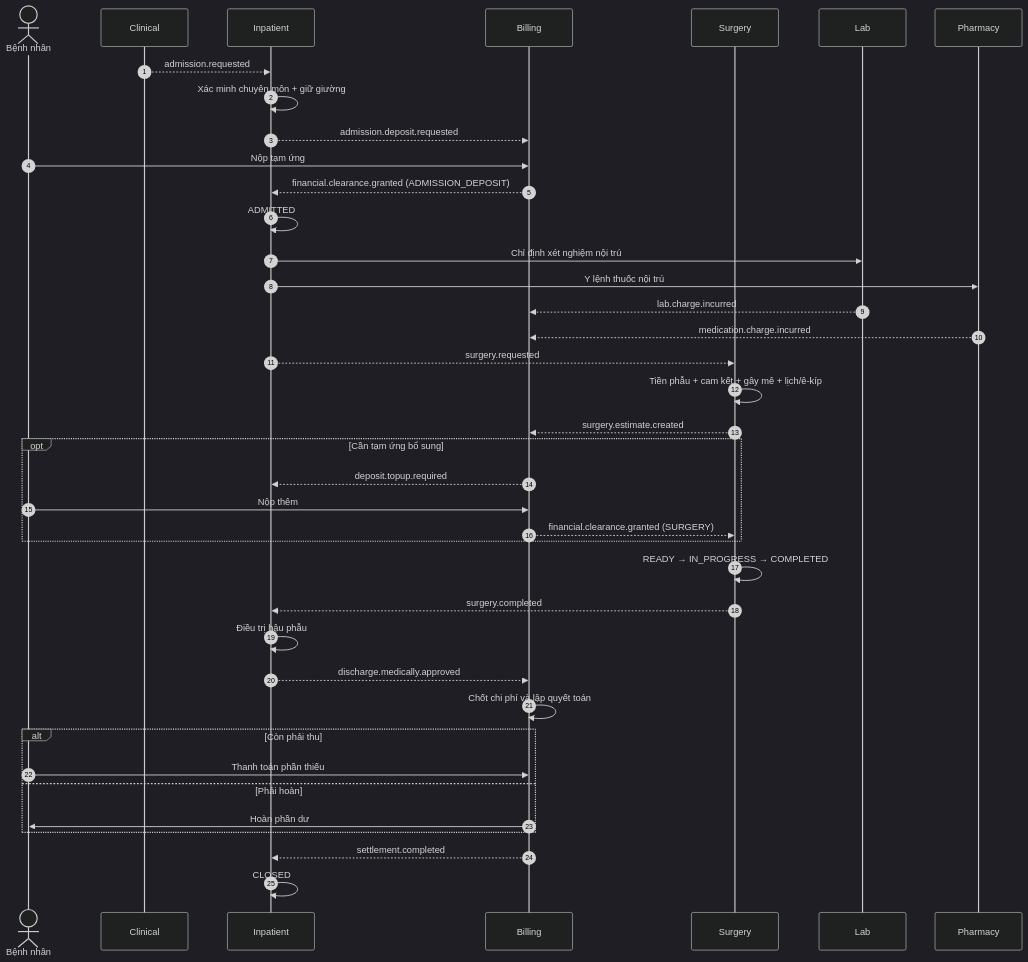
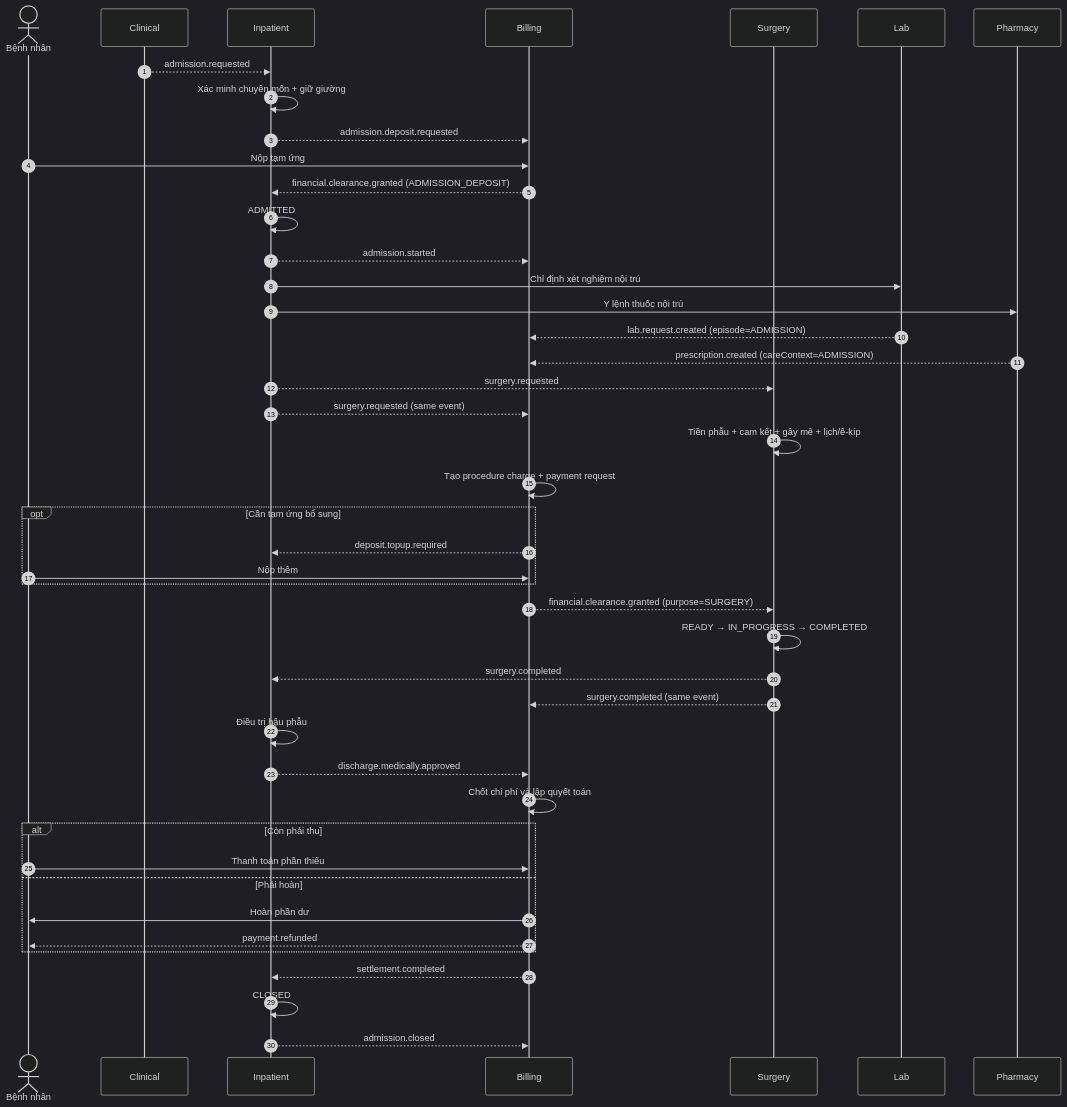
Before and after one commit to Dangvinh77/MediFlow: the diagram in docs/architecture/diagrams-src/03-inpatient-surgery-flow.mmd, drawn with Mermaid (dark theme). The commit also changed 41 other files, not shown here.

```diff
--- a/docs/architecture/diagrams-src/03-inpatient-surgery-flow.mmd
+++ b/docs/architecture/diagrams-src/03-inpatient-surgery-flow.mmd
@@ -1,40 +1,45 @@
 sequenceDiagram
   autonumber
   actor BN as Bệnh nhân
   participant C as Clinical
   participant I as Inpatient
   participant B as Billing
   participant S as Surgery
   participant L as Lab
   participant P as Pharmacy
 
   C-->>I: admission.requested
   I->>I: Xác minh chuyên môn + giữ giường
   I-->>B: admission.deposit.requested
   BN->>B: Nộp tạm ứng
   B-->>I: financial.clearance.granted (ADMISSION_DEPOSIT)
   I->>I: ADMITTED
+  I-->>B: admission.started
   I->>L: Chỉ định xét nghiệm nội trú
   I->>P: Y lệnh thuốc nội trú
-  L-->>B: lab.charge.incurred
-  P-->>B: medication.charge.incurred
+  L-->>B: lab.request.created (episode=ADMISSION)
+  P-->>B: prescription.created (careContext=ADMISSION)
   I-->>S: surgery.requested
+  I-->>B: surgery.requested (same event)
   S->>S: Tiền phẫu + cam kết + gây mê + lịch/ê-kíp
-  S-->>B: surgery.estimate.created
+  B->>B: Tạo procedure charge + payment request
   opt Cần tạm ứng bổ sung
     B-->>I: deposit.topup.required
     BN->>B: Nộp thêm
-    B-->>S: financial.clearance.granted (SURGERY)
   end
+  B-->>S: financial.clearance.granted (purpose=SURGERY)
   S->>S: READY → IN_PROGRESS → COMPLETED
   S-->>I: surgery.completed
+  S-->>B: surgery.completed (same event)
   I->>I: Điều trị hậu phẫu
   I-->>B: discharge.medically.approved
   B->>B: Chốt chi phí và lập quyết toán
   alt Còn phải thu
     BN->>B: Thanh toán phần thiếu
   else Phải hoàn
     B->>BN: Hoàn phần dư
+    B-->>BN: payment.refunded
   end
   B-->>I: settlement.completed
   I->>I: CLOSED
+  I-->>B: admission.closed
```
